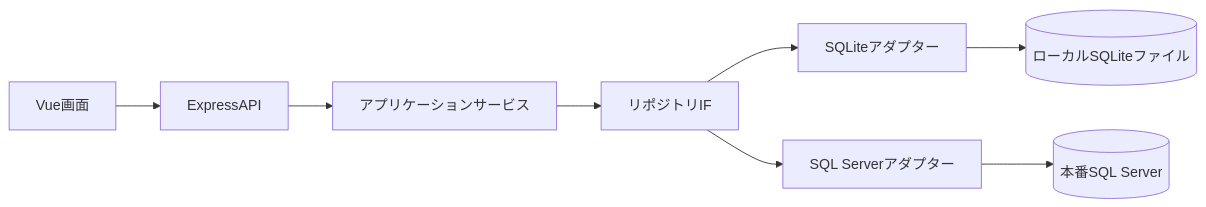
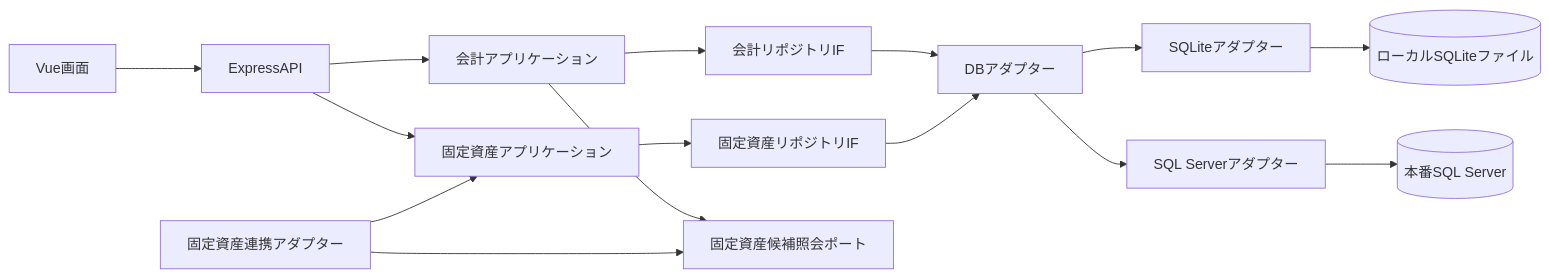
The diagram in docs/architecture/data-architecture.md (akichko/aidevtemplate), drawn with Mermaid before and after one commit. The commit also changed other lines of this file and 47 other files, not shown here.

````diff
--- a/docs/architecture/data-architecture.md
+++ b/docs/architecture/data-architecture.md
@@ -3,10 +3,17 @@
 ```mermaid
 flowchart LR
     Vue画面 --> ExpressAPI
-    ExpressAPI --> アプリケーションサービス
-    アプリケーションサービス --> リポジトリIF
-    リポジトリIF --> SQLite[SQLiteアダプター]
-    リポジトリIF --> SQLServer[SQL Serverアダプター]
+    ExpressAPI --> 会計アプリケーション
+    ExpressAPI --> 固定資産アプリケーション
+    会計アプリケーション --> 会計リポジトリIF
+    固定資産アプリケーション --> 固定資産リポジトリIF
+    会計アプリケーション --> 固定資産候補照会ポート
+    固定資産連携アダプター --> 固定資産候補照会ポート
+    固定資産連携アダプター --> 固定資産アプリケーション
+    会計リポジトリIF --> DBアダプター
+    固定資産リポジトリIF --> DBアダプター
+    DBアダプター --> SQLite[SQLiteアダプター]
+    DBアダプター --> SQLServer[SQL Serverアダプター]
     SQLite --> LocalDB[(ローカルSQLiteファイル)]
     SQLServer --> ProductionDB[(本番SQL Server)]
 ```
````
